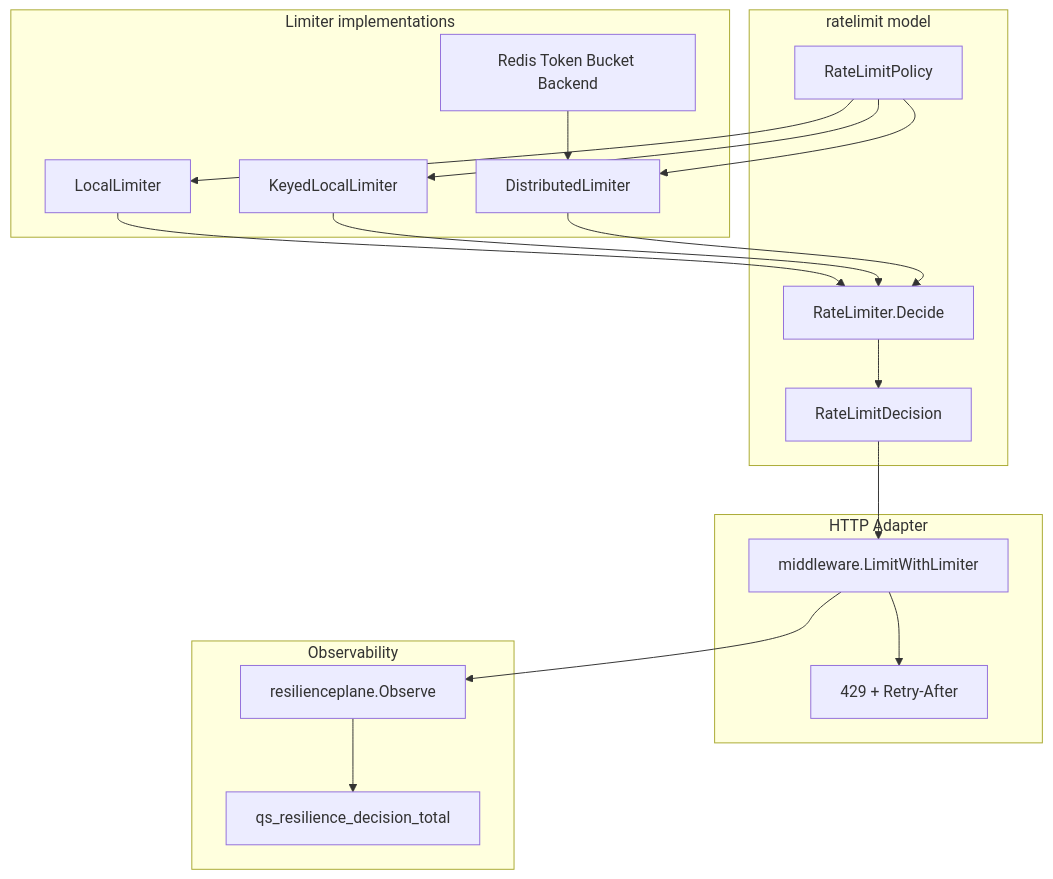
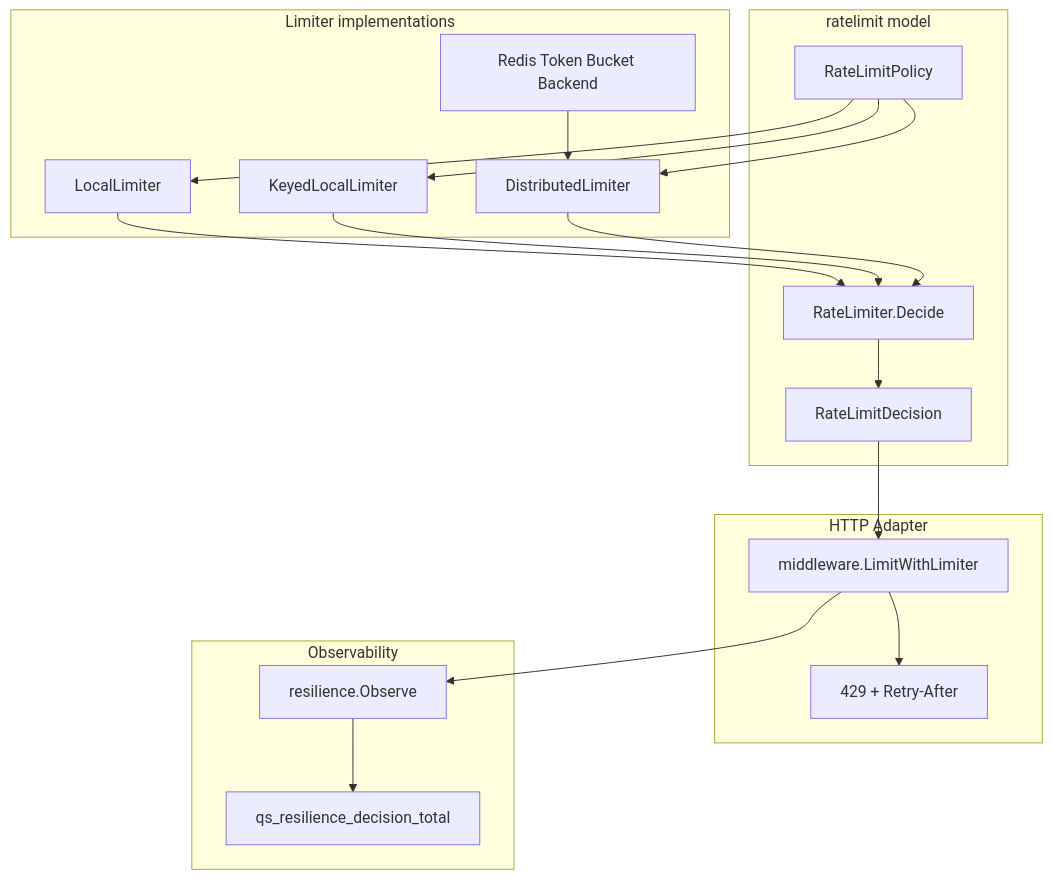
The diagram in docs/_archive/2026-07-06-infra-legacy-component-docs/previous-03-基础设施/resilience/01-RateLimit入口限流.md (FangcunMount/qs-server), drawn with Mermaid before and after one commit. The commit also changed other lines of this file and 190 other files, not shown here.

````diff
--- a/docs/_archive/2026-07-06-infra-legacy-component-docs/previous-03-基础设施/resilience/01-RateLimit入口限流.md
+++ b/docs/_archive/2026-07-06-infra-legacy-component-docs/previous-03-基础设施/resilience/01-RateLimit入口限流.md
@@ -63,38 +63,38 @@
 ```mermaid
 flowchart TB
     subgraph Model["ratelimit model"]
         policy["RateLimitPolicy"]
         decision["RateLimitDecision"]
         limiter["RateLimiter.Decide"]
     end
 
     subgraph Impl["Limiter implementations"]
         local["LocalLimiter"]
         keyed["KeyedLocalLimiter"]
         distributed["DistributedLimiter"]
         redisBackend["Redis Token Bucket Backend"]
     end
 
     subgraph HTTP["HTTP Adapter"]
         middleware["middleware.LimitWithLimiter"]
         retry["429 + Retry-After"]
     end
 
     subgraph Obs["Observability"]
-        resilience["resilienceplane.Observe"]
+        resilience["resilience.Observe"]
         metrics["qs_resilience_decision_total"]
     end
 
     policy --> local
     policy --> keyed
     policy --> distributed
     redisBackend --> distributed
     local --> limiter
     keyed --> limiter
     distributed --> limiter
     limiter --> decision
     decision --> middleware
     middleware --> retry
     middleware --> resilience
     resilience --> metrics
 ```
````
